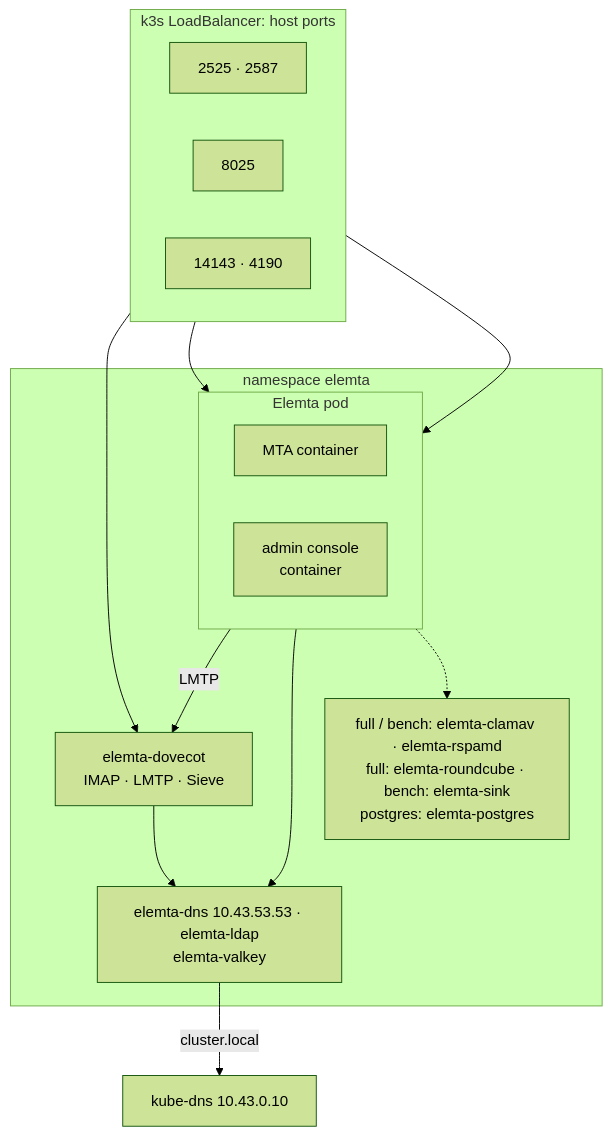
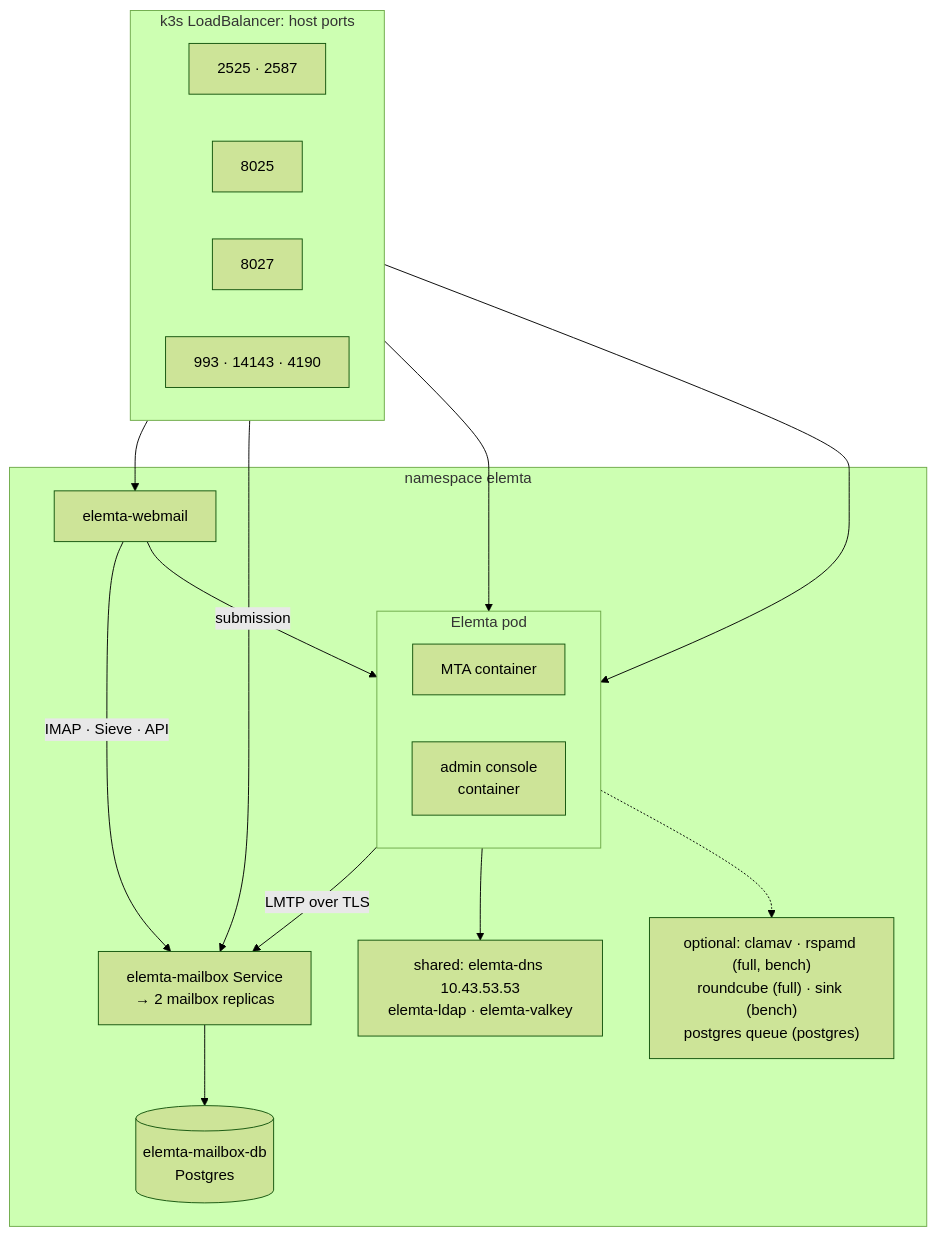
Before and after one commit to EvalAlan/elemta: the diagram in docs/diagrams/kubernetes-pods.mmd, drawn with Mermaid (forest theme). The commit also changed 33 other files, not shown here.

```diff
--- a/docs/diagrams/kubernetes-pods.mmd
+++ b/docs/diagrams/kubernetes-pods.mmd
@@ -1,28 +1,32 @@
 flowchart TB
     subgraph lb["k3s LoadBalancer: host ports"]
         direction LR
         h1["2525 · 2587"]
         h2["8025"]
-        h3["14143 · 4190"]
+        h3["8027"]
+        h4["993 · 14143 · 4190"]
     end
 
     subgraph ns["namespace elemta"]
         subgraph pod["Elemta pod"]
             direction LR
             smtp["MTA container"]
             dash["admin console<br/>container"]
         end
-        dovecot["elemta-dovecot<br/>IMAP · LMTP · Sieve"]
-        deps["elemta-dns 10.43.53.53 · elemta-ldap<br/>elemta-valkey"]
-        extras["full / bench: elemta-clamav · elemta-rspamd<br/>full: elemta-roundcube · bench: elemta-sink<br/>postgres: elemta-postgres"]
+        webmail["elemta-webmail"]
+        mailbox["elemta-mailbox Service<br/>→ 2 mailbox replicas"]
+        db[("elemta-mailbox-db<br/>Postgres")]
+        deps["shared: elemta-dns 10.43.53.53<br/>elemta-ldap · elemta-valkey"]
+        extras["optional: clamav · rspamd (full, bench)<br/>roundcube (full) · sink (bench)<br/>postgres queue (postgres)"]
     end
-    kubedns["kube-dns 10.43.0.10"]
 
     h1 --> smtp
     h2 --> dash
-    h3 --> dovecot
-    smtp -->|"LMTP"| dovecot
+    h3 --> webmail
+    h4 --> mailbox
+    webmail -->|"submission"| smtp
+    webmail -->|"IMAP · Sieve · API"| mailbox
+    smtp -->|"LMTP over TLS"| mailbox
+    mailbox --> db
     smtp --> deps
     smtp -.-> extras
-    dovecot --> deps
-    deps -->|"cluster.local"| kubedns
```
